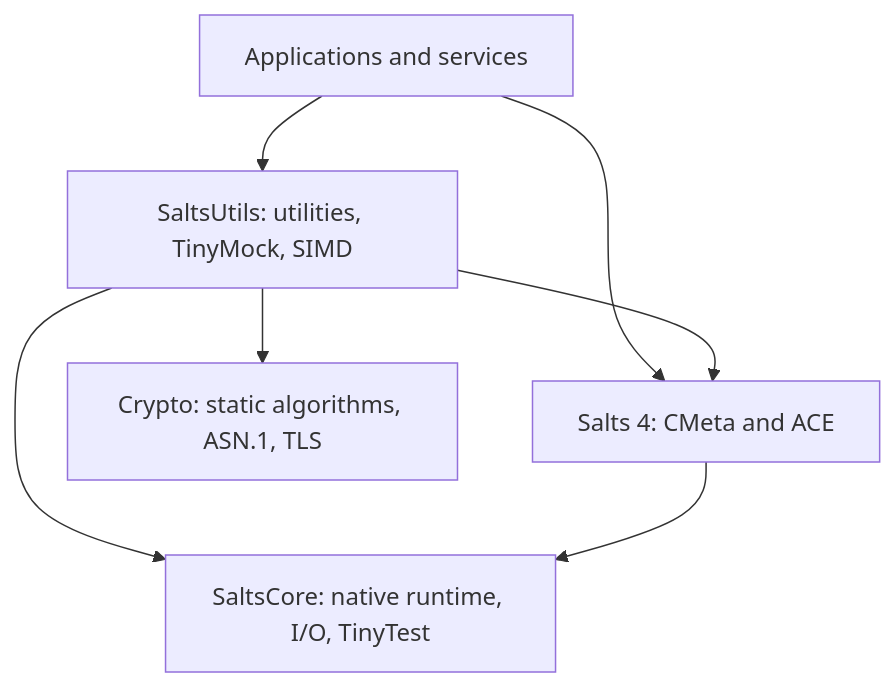
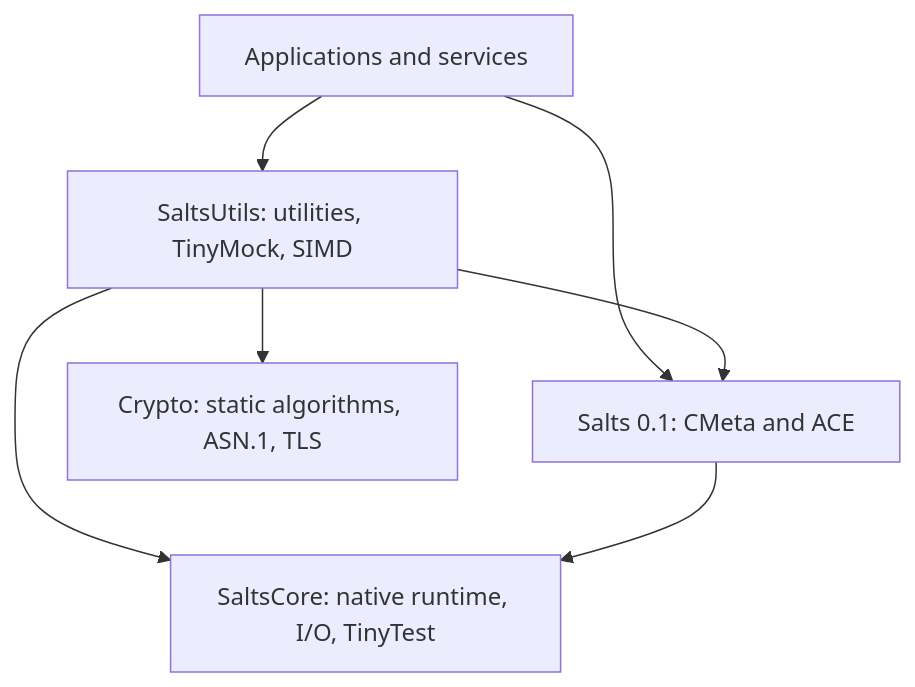
Before and after one commit to qigao/cmeta: the diagram in ARCHITECTURE.md, drawn with Mermaid. The commit also changed 13 other files, not shown here.

````diff
--- a/ARCHITECTURE.md
+++ b/ARCHITECTURE.md
@@ -6,14 +6,14 @@
 ```mermaid
 flowchart TD
     app["Applications and services"]
     utils["SaltsUtils: utilities, TinyMock, SIMD"]
-    salts["Salts 4: CMeta and ACE"]
+    salts["Salts 0.1: CMeta and ACE"]
     core["SaltsCore: native runtime, I/O, TinyTest"]
     crypto["Crypto: static algorithms, ASN.1, TLS"]
     app --> utils
     app --> salts
     utils --> salts
     utils --> core
     utils --> crypto
     salts --> core
 ```
````
